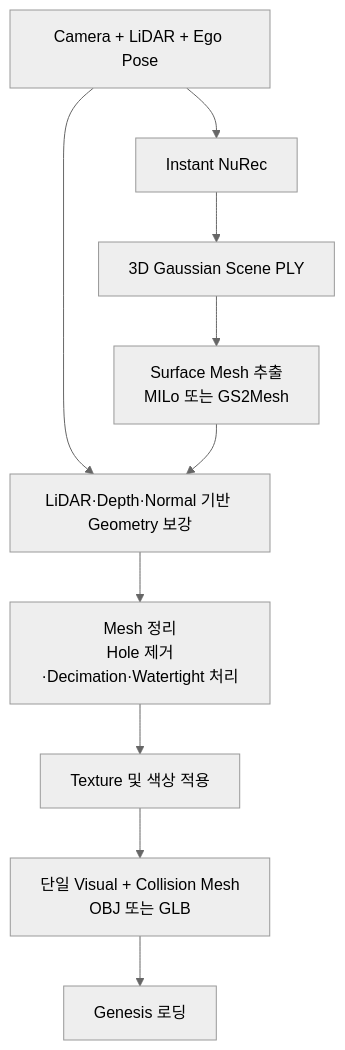
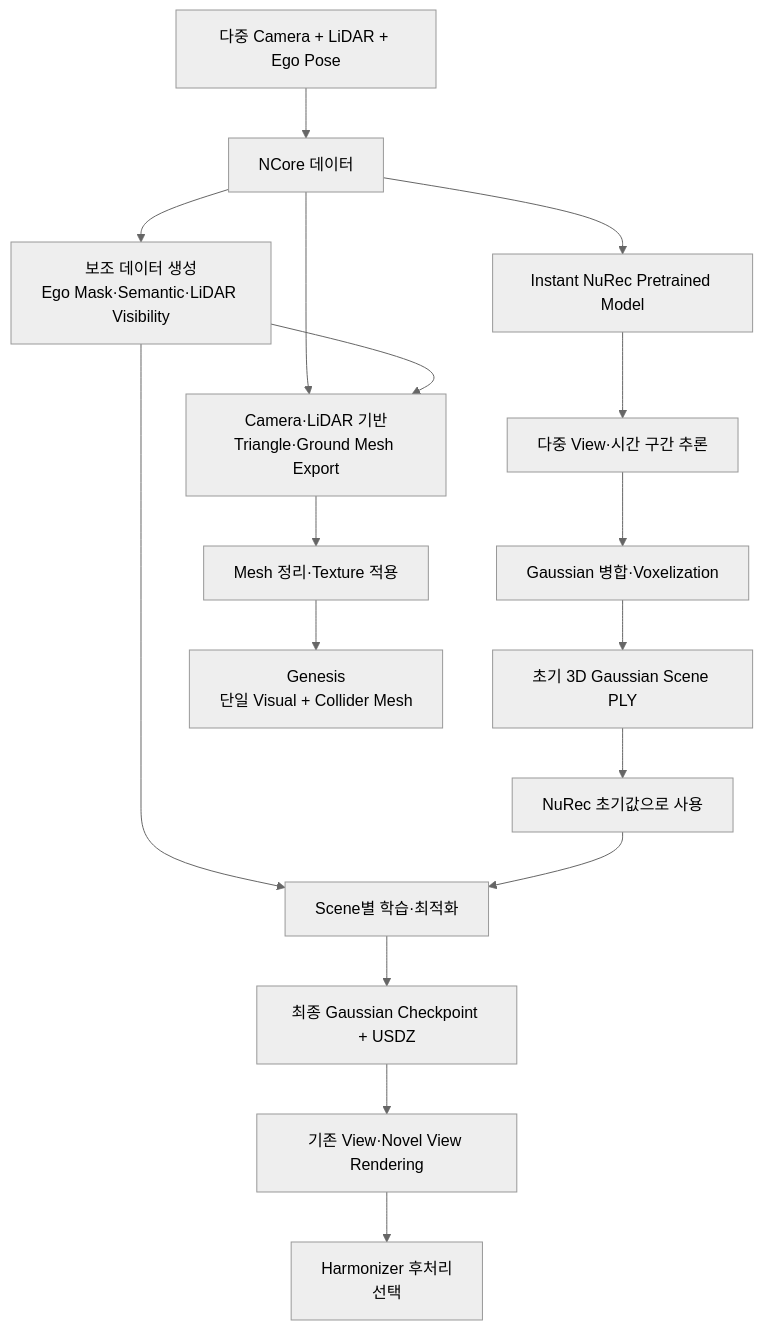
The first of 2 diagrams in car_test/docs/[DIGLAB][26-09-08][정만교]_instant_nurec_test3.md (i1uvmango/Genesis_AI_Sim2real_Real2sim), drawn with Mermaid (neutral theme) before and after one commit. The commit also changed other lines of this file and 12 other files, not shown here.

````diff
--- a/car_test/docs/[DIGLAB][26-09-08][정만교]_instant_nurec_test3.md
+++ b/car_test/docs/[DIGLAB][26-09-08][정만교]_instant_nurec_test3.md
@@ -41,16 +25,27 @@
 ```mermaid
 flowchart TD
-    A[Camera + LiDAR + Ego Pose]
-    B[Instant NuRec]
-    C[3D Gaussian Scene PLY]
-    D[Surface Mesh 추출<br/>MILo 또는 GS2Mesh]
-    E[LiDAR·Depth·Normal 기반 Geometry 보강]
-    F[Mesh 정리<br/>Hole 제거·Decimation·Watertight 처리]
-    G[Texture 및 색상 적용]
-    H[단일 Visual + Collision Mesh<br/>OBJ 또는 GLB]
-    I[Genesis 로딩]
+    A[다중 Camera + LiDAR + Ego Pose]
+    B[NCore 데이터]
+    C[보조 데이터 생성<br/>Ego Mask·Semantic·LiDAR Visibility]
+    D[Instant NuRec Pretrained Model]
+    E[다중 View·시간 구간 추론]
+    F[Gaussian 병합·Voxelization]
+    G[초기 3D Gaussian Scene PLY]
+    H[NuRec 초기값으로 사용]
+    I[Scene별 학습·최적화]
+    J[최종 Gaussian Checkpoint + USDZ]
+    K[기존 View·Novel View Rendering]
+    L[Harmonizer 후처리<br/>선택]
+    M[Camera·LiDAR 기반<br/>Triangle·Ground Mesh Export]
+    N[Mesh 정리·Texture 적용]
+    O[Genesis<br/>단일 Visual + Collider Mesh]
 
-    A --> B --> C --> D
-    A --> E
-    D --> E --> F --> G --> H --> I
+    A --> B
+    B --> C
+    B --> D --> E --> F --> G --> H
+    C --> I
+    H --> I --> J
+    J --> K --> L
+    B --> M
+    C --> M --> N --> O
 ```
````
